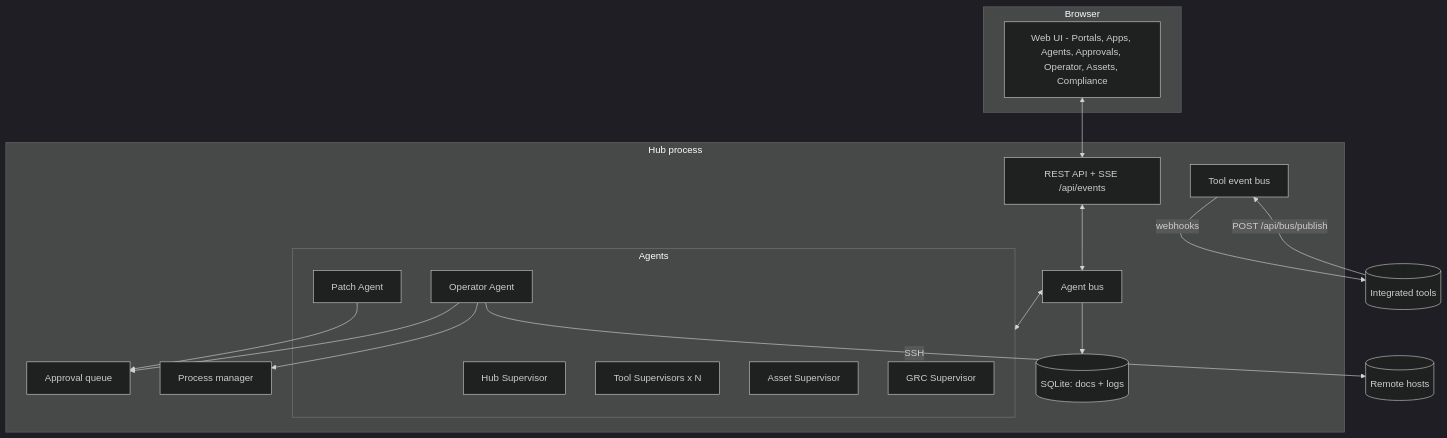
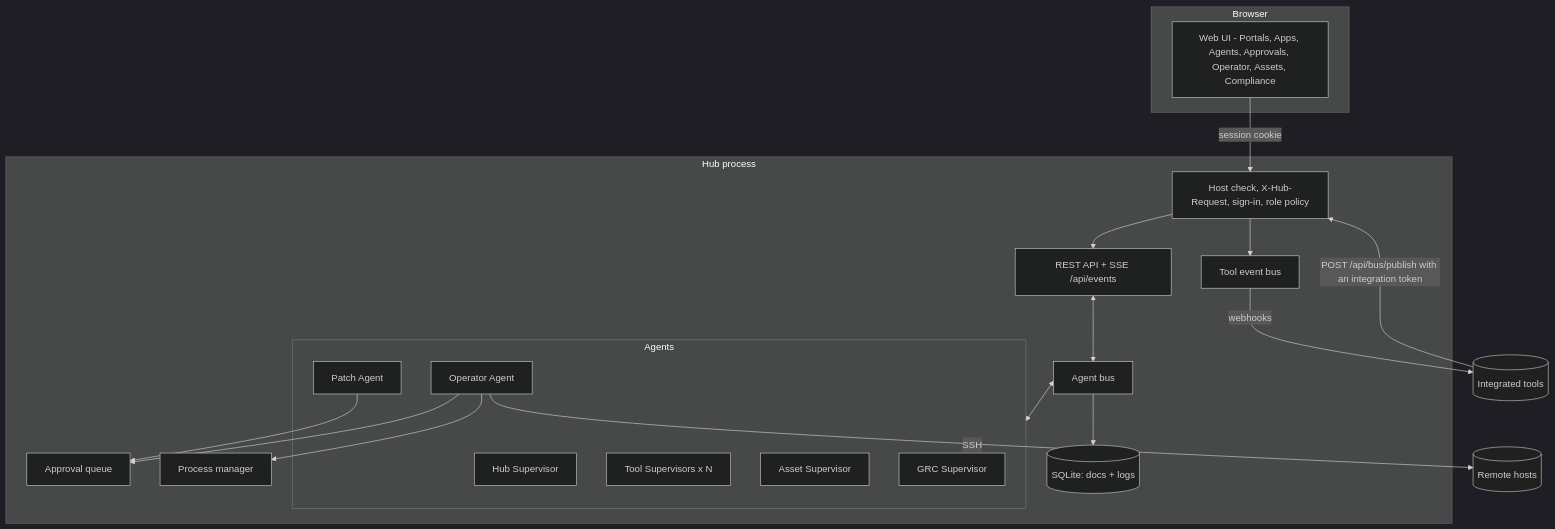
The first of 3 diagrams in docs/ARCHITECTURE.md (IvenGe/atrium), drawn with Mermaid (dark theme) before and after one commit. The commit also changed other lines of this file and 45 other files, not shown here.

First line of the commit message:
Add built-in login, roles, API tokens and OIDC single sign-on

````diff
--- a/docs/ARCHITECTURE.md
+++ b/docs/ARCHITECTURE.md
@@ -7,32 +7,35 @@
 ```mermaid
 flowchart TB
   subgraph Browser
     ui[Web UI - Portals, Apps, Agents, Approvals, Operator, Assets, Compliance]
   end
   subgraph Hub process
+    guard[Host check, X-Hub-Request, sign-in, role policy]
     api[REST API + SSE /api/events]
     bus[Agent bus]
     store[(SQLite: docs + logs)]
     subgraph Agents
       sup[Hub Supervisor]
       ts[Tool Supervisors x N]
       pa[Patch Agent]
       op[Operator Agent]
       as[Asset Supervisor]
       grc[GRC Supervisor]
     end
     appr[Approval queue]
     proc[Process manager]
     tbus[Tool event bus]
   end
-  ui <--> api
+  ui -- session cookie --> guard
+  guard --> api
   api <--> bus
   bus <--> Agents
   bus --> store
   pa --> appr
   op --> appr
   op --> proc
   tbus -- webhooks --> tools[(Integrated tools)]
-  tools -- POST /api/bus/publish --> tbus
+  tools -- POST /api/bus/publish with an integration token --> guard
+  guard --> tbus
   op -- SSH --> hosts[(Remote hosts)]
 ```
````
